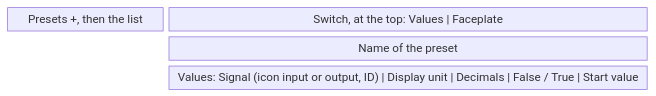
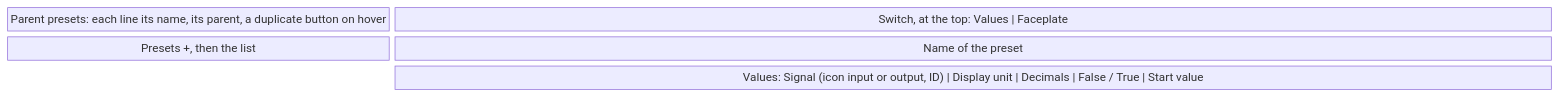
One commit to AlexandreGallais/synoptic-studio-spec changed the tenth of 16 diagrams in screens/metadata.md. Above: the diagram before and after it, drawn with Mermaid. The commit also changed other lines of this file and 16 other files, not shown here.

First line of the commit message:
docs(metadata): split the presets into parent presets and own presets

````diff
--- a/screens/metadata.md
+++ b/screens/metadata.md
@@ -353,7 +353,7 @@
 ```mermaid
 block-beta
     columns 4
-    list["Presets +, then the list"] sw["Switch, at the top: Values | Faceplate"]:3
-    space name["Name of the preset"]:3
+    parents["Parent presets: each line its name, its parent, a duplicate button on hover"] sw["Switch, at the top: Values | Faceplate"]:3
+    list["Presets +, then the list"] name["Name of the preset"]:3
     space values["Values: Signal (icon input or output, ID) | Display unit | Decimals | False / True | Start value"]:3
 ```
````
